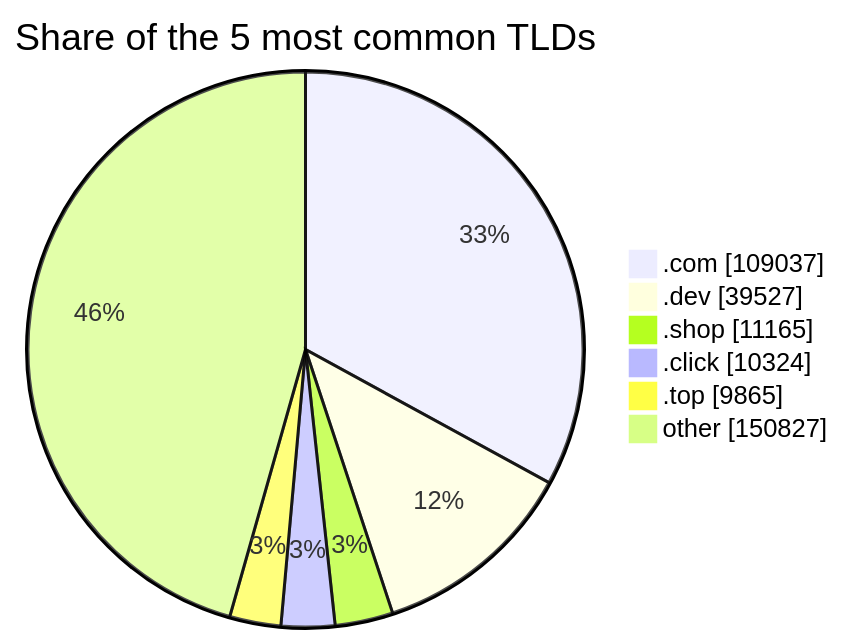
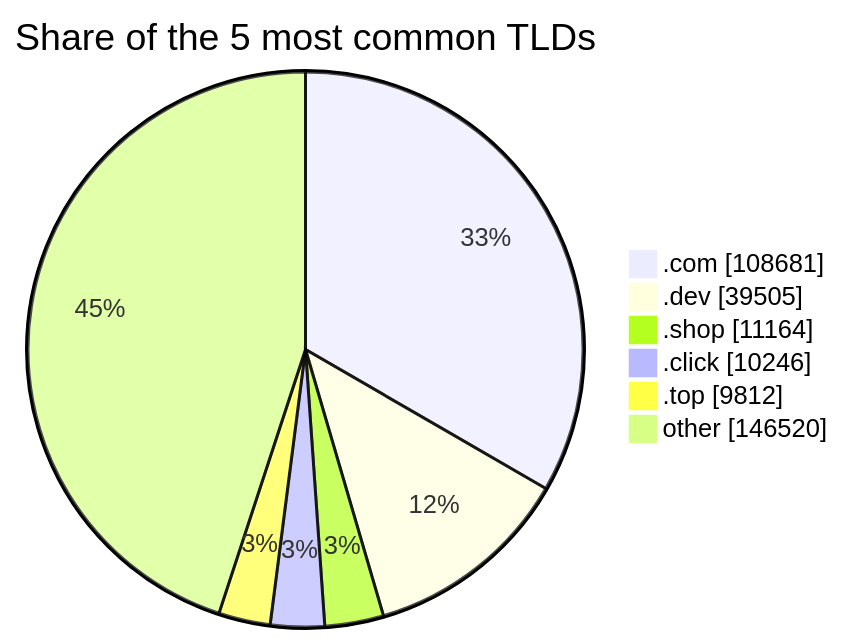
Before and after one commit to DNSBunker/CTI: the third of 3 diagrams in README.md, drawn with Mermaid. The commit also changed other lines of this file and 3 other files, not shown here.

````diff
--- a/README.md
+++ b/README.md
@@ -81,9 +81,9 @@
 ```mermaid
 pie showData title Share of the 5 most common TLDs
-    ".com" : 109037
-    ".dev" : 39527
-    ".shop" : 11165
-    ".click" : 10324
-    ".top" : 9865
-    "other" : 150827
+    ".com" : 108681
+    ".dev" : 39505
+    ".shop" : 11164
+    ".click" : 10246
+    ".top" : 9812
+    "other" : 146520
 ```
````
